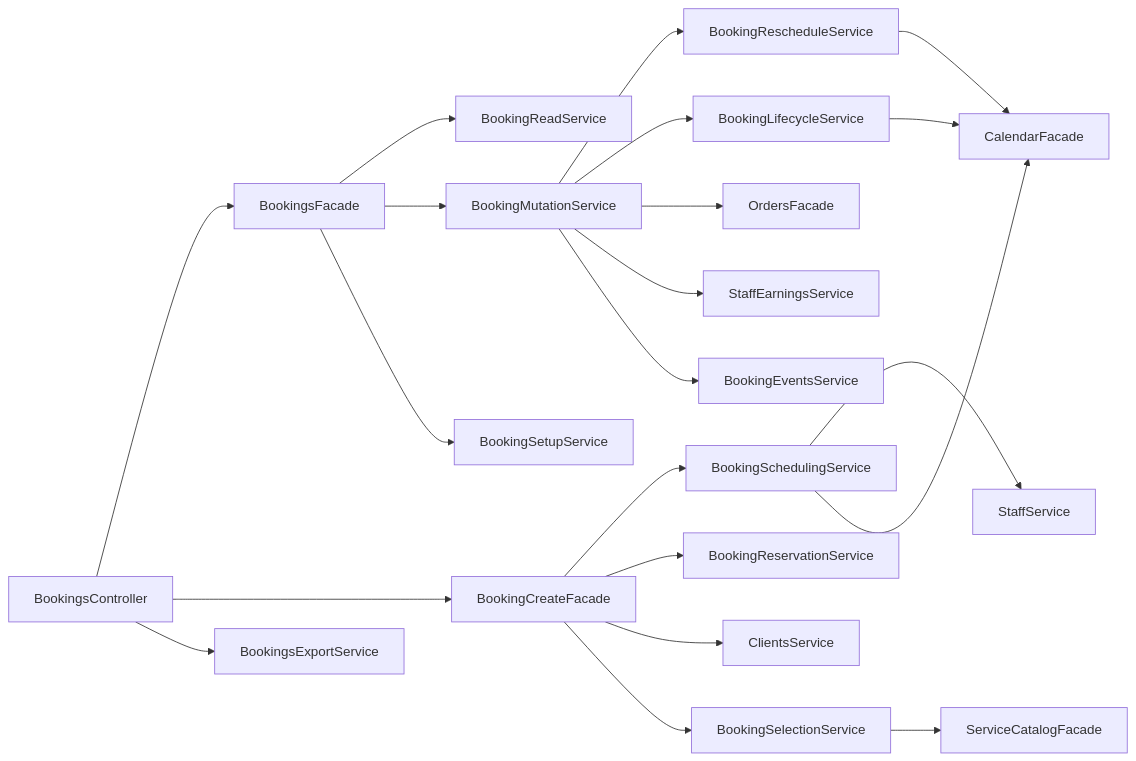
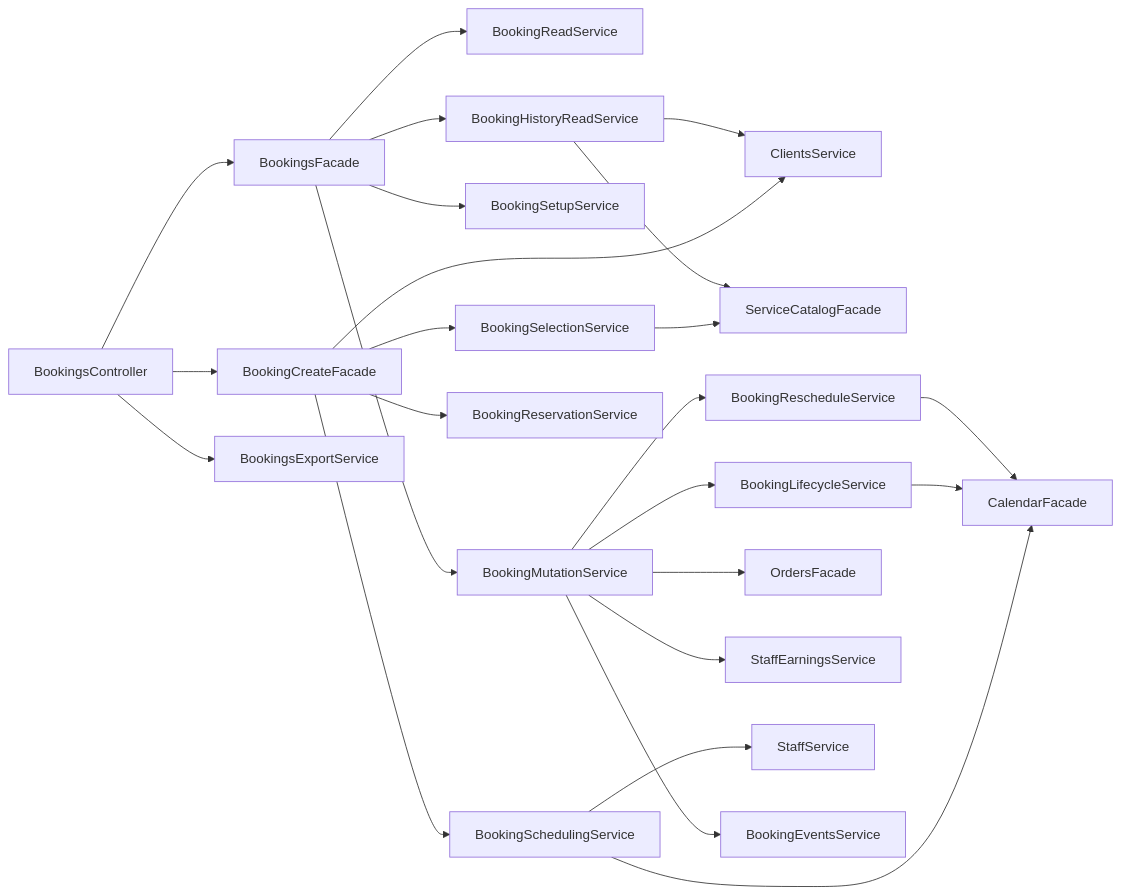
Before and after one commit to pavelnagorsky/crm-core: the second of 7 diagrams in docs/architecture/flows.md, drawn with Mermaid. The commit also changed 4 other files, not shown here.

````diff
--- a/docs/architecture/flows.md
+++ b/docs/architecture/flows.md
@@ -43,24 +43,27 @@
 ```mermaid
 flowchart LR
   BookingsController --> BookingsFacade
   BookingsFacade --> BookingReadService
   BookingsFacade --> BookingMutationService
   BookingsFacade --> BookingSetupService
+  BookingsFacade --> BookingHistoryReadService
+  BookingHistoryReadService --> ClientsService
+  BookingHistoryReadService --> ServiceCatalogFacade
   BookingsController --> BookingCreateFacade
   BookingsController --> BookingsExportService
 
   BookingMutationService --> BookingRescheduleService
   BookingMutationService --> BookingLifecycleService
   BookingMutationService --> OrdersFacade
   BookingMutationService --> StaffEarningsService
   BookingRescheduleService --> CalendarFacade
   BookingLifecycleService --> CalendarFacade
   BookingCreateFacade --> BookingSchedulingService
   BookingCreateFacade --> BookingReservationService
   BookingCreateFacade --> ClientsService
   BookingSchedulingService --> StaffService
   BookingSchedulingService --> CalendarFacade
   BookingCreateFacade --> BookingSelectionService
   BookingSelectionService --> ServiceCatalogFacade
   BookingMutationService --> BookingEventsService
 ```
````
